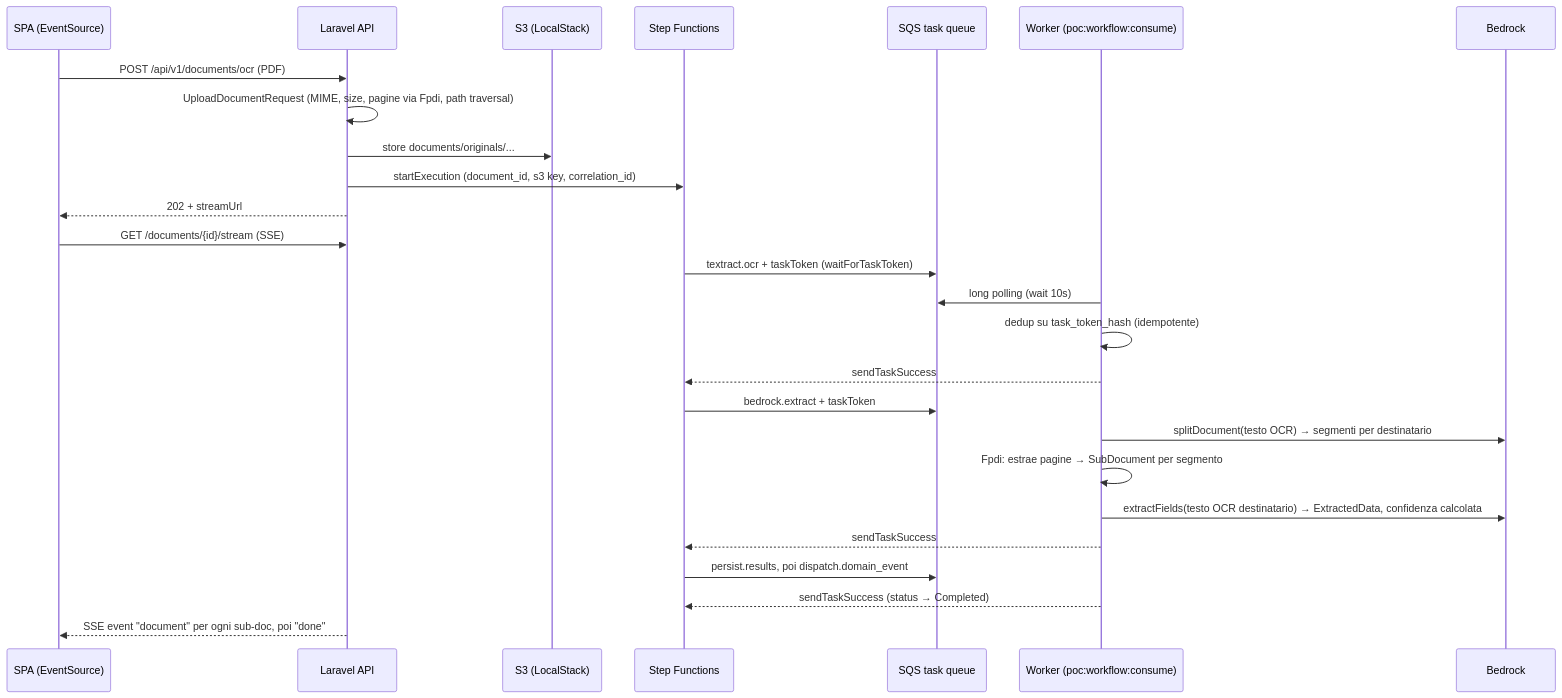
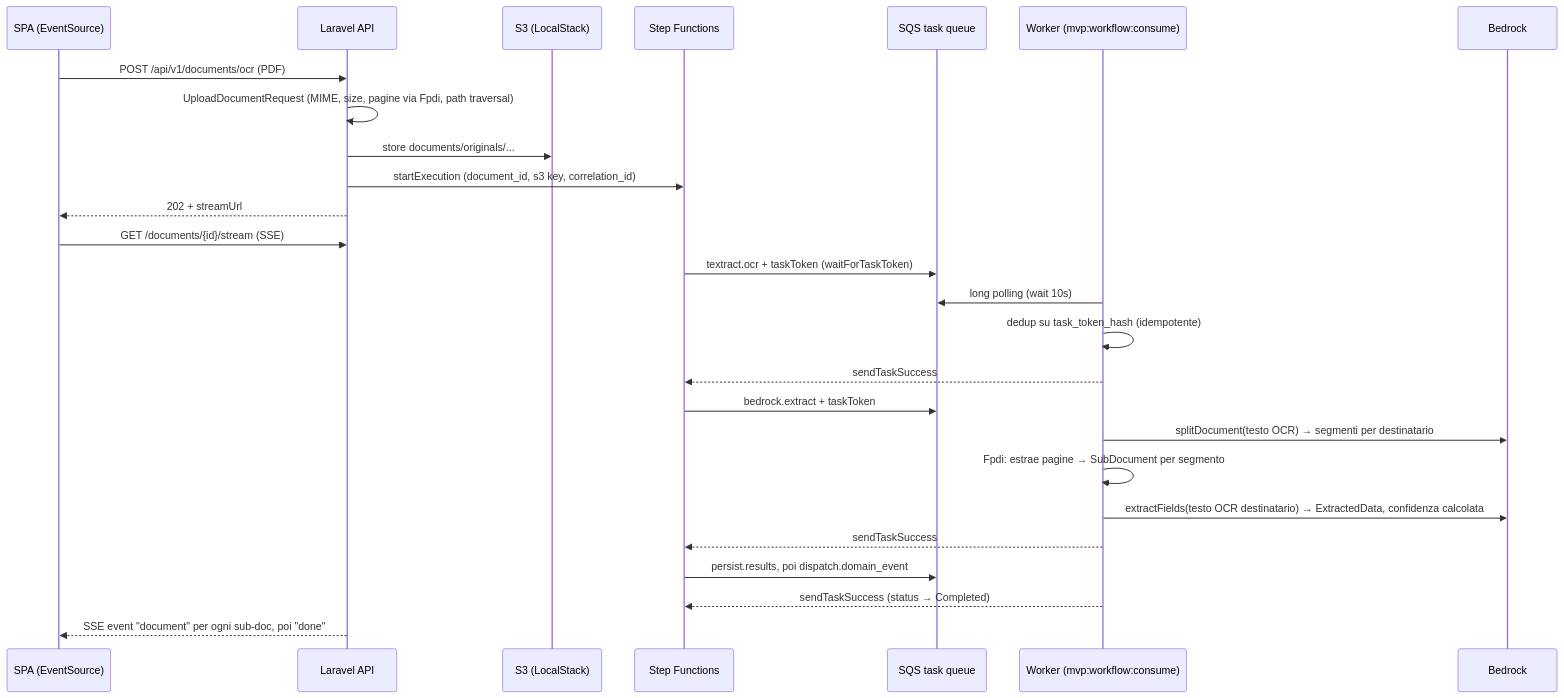
One commit to aLittleByte-19/MVP changed the second of 2 diagrams in docs/IMPLEMENTATION_OVERVIEW.md. Above: the diagram before and after it, drawn with Mermaid. The commit also changed other lines of this file and 203 other files, not shown here.

Commit message:
Fix: changed poc-mvp

````diff
--- a/docs/IMPLEMENTATION_OVERVIEW.md
+++ b/docs/IMPLEMENTATION_OVERVIEW.md
@@ -245,29 +245,29 @@
 ```mermaid
 sequenceDiagram
     participant FE as SPA (EventSource)
     participant API as Laravel API
     participant S3 as S3 (LocalStack)
     participant SFN as Step Functions
     participant SQS as SQS task queue
-    participant W as Worker (poc:workflow:consume)
+    participant W as Worker (mvp:workflow:consume)
     participant BR as Bedrock
 
     FE->>API: POST /api/v1/documents/ocr (PDF)
     API->>API: UploadDocumentRequest (MIME, size, pagine via Fpdi, path traversal)
     API->>S3: store documents/originals/...
     API->>SFN: startExecution (document_id, s3 key, correlation_id)
     API-->>FE: 202 + streamUrl
     FE->>API: GET /documents/{id}/stream (SSE)
     SFN->>SQS: textract.ocr + taskToken (waitForTaskToken)
     W->>SQS: long polling (wait 10s)
     W->>W: dedup su task_token_hash (idempotente)
     W-->>SFN: sendTaskSuccess
     SFN->>SQS: bedrock.extract + taskToken
     W->>BR: splitDocument(testo OCR) → segmenti per destinatario
     W->>W: Fpdi: estrae pagine → SubDocument per segmento
     W->>BR: extractFields(testo OCR destinatario) → ExtractedData, confidenza calcolata
     W-->>SFN: sendTaskSuccess
     SFN->>SQS: persist.results, poi dispatch.domain_event
     W-->>SFN: sendTaskSuccess (status → Completed)
     API-->>FE: SSE event "document" per ogni sub-doc, poi "done"
 ```
````
